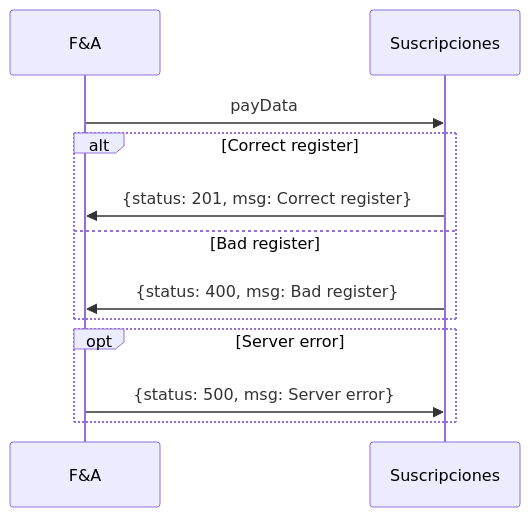
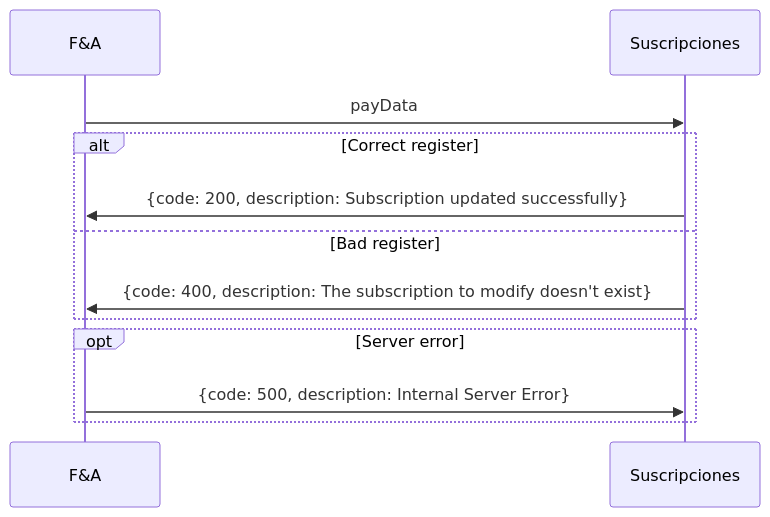
The third of 3 diagrams in integracion/suscripciones.md (LaggerP/facturacion-documentation), drawn with Mermaid before and after one commit. The commit also changed other lines of this file and 8 other files, not shown here.

````diff
--- a/integracion/suscripciones.md
+++ b/integracion/suscripciones.md
@@ -98,12 +108,12 @@
 ```mermaid
 sequenceDiagram
     F&A->>Suscripciones: payData
     alt Correct register
-        Suscripciones->>F&A: {status: 201, msg: Correct register}
+        Suscripciones->>F&A: {code: 200, description: Subscription updated successfully}
     else Bad register
-        Suscripciones->>F&A: {status: 400, msg: Bad register}
+        Suscripciones->>F&A: {code: 400, description: The subscription to modify doesn't exist}
     end
     opt Server error
-        F&A->>Suscripciones: {status: 500, msg: Server error}
+        F&A->>Suscripciones: {code: 500, description: Internal Server Error}
     end
 ```
````
